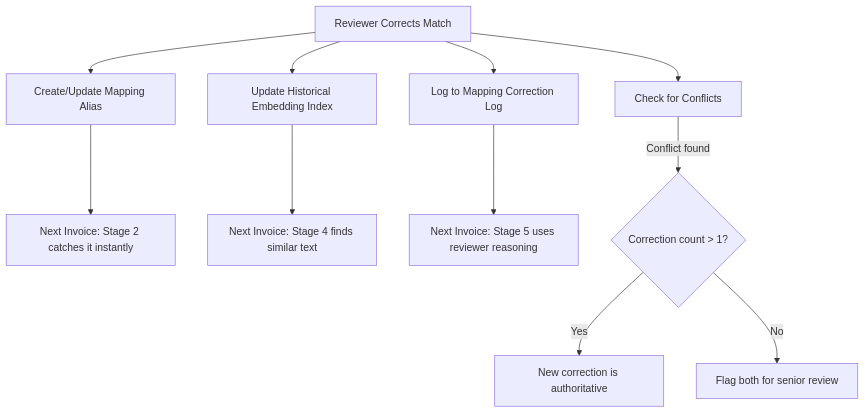
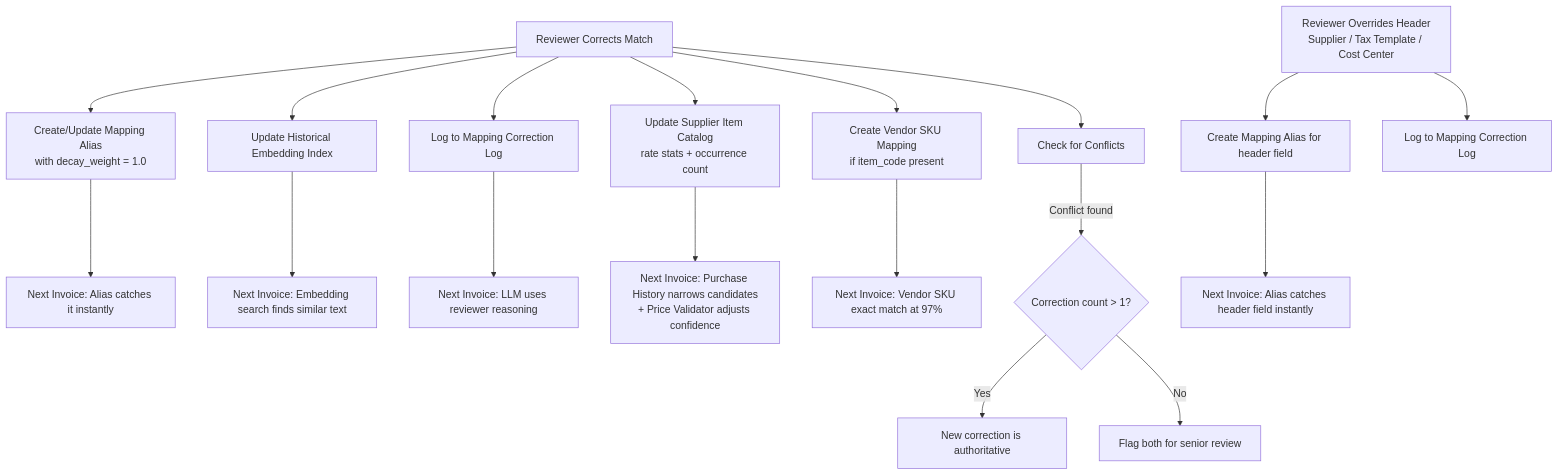
The second of 3 diagrams in docs/SYSTEM_FLOW.md (venkat102/invoice-automation), drawn with Mermaid before and after one commit. The commit also changed other lines of this file and 46 other files, not shown here.

````diff
--- a/docs/SYSTEM_FLOW.md
+++ b/docs/SYSTEM_FLOW.md
@@ -140,15 +174,23 @@
 ```mermaid
 flowchart TD
-    A[Reviewer Corrects Match] --> B[Create/Update Mapping Alias]
+    A[Reviewer Corrects Match] --> B[Create/Update Mapping Alias<br/>with decay_weight = 1.0]
     A --> C[Log to Mapping Correction Log]
     A --> D[Update Historical Embedding Index]
     A --> E[Check for Conflicts]
+    A --> F1[Update Supplier Item Catalog<br/>rate stats + occurrence count]
+    A --> F2[Create Vendor SKU Mapping<br/>if item_code present]
 
-    B --> F[Next Invoice: Stage 2 catches it instantly]
-    D --> G[Next Invoice: Stage 4 finds similar text]
-    C --> H[Next Invoice: Stage 5 uses reviewer reasoning]
+    B --> G[Next Invoice: Alias catches it instantly]
+    D --> H[Next Invoice: Embedding search finds similar text]
+    C --> I[Next Invoice: LLM uses reviewer reasoning]
+    F1 --> J[Next Invoice: Purchase History narrows candidates<br/>+ Price Validator adjusts confidence]
+    F2 --> K[Next Invoice: Vendor SKU exact match at 97%]
 
-    E -->|Conflict found| I{Correction count > 1?}
-    I -->|Yes| J[New correction is authoritative]
-    I -->|No| K[Flag both for senior review]
+    E -->|Conflict found| L{Correction count > 1?}
+    L -->|Yes| M[New correction is authoritative]
+    L -->|No| N[Flag both for senior review]
+
+    A2[Reviewer Overrides Header<br/>Supplier / Tax Template / Cost Center] --> B2[Create Mapping Alias for header field]
+    A2 --> C2[Log to Mapping Correction Log]
+    B2 --> G2[Next Invoice: Alias catches header field instantly]
 ```
````
